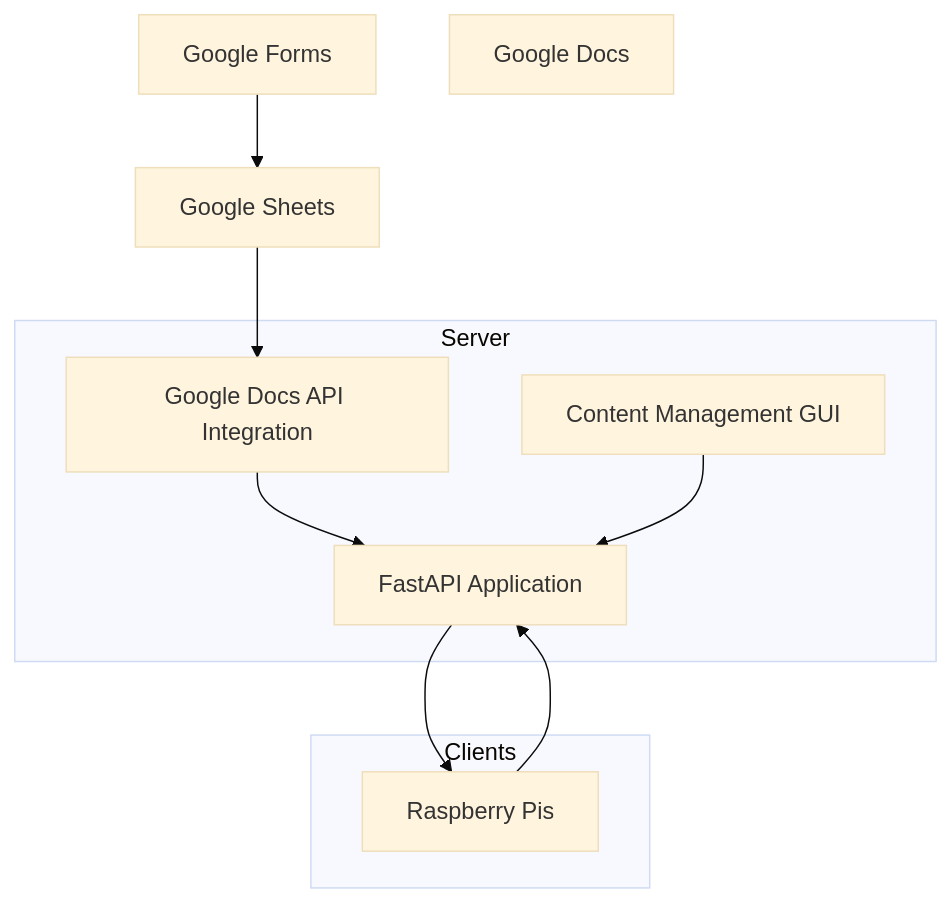
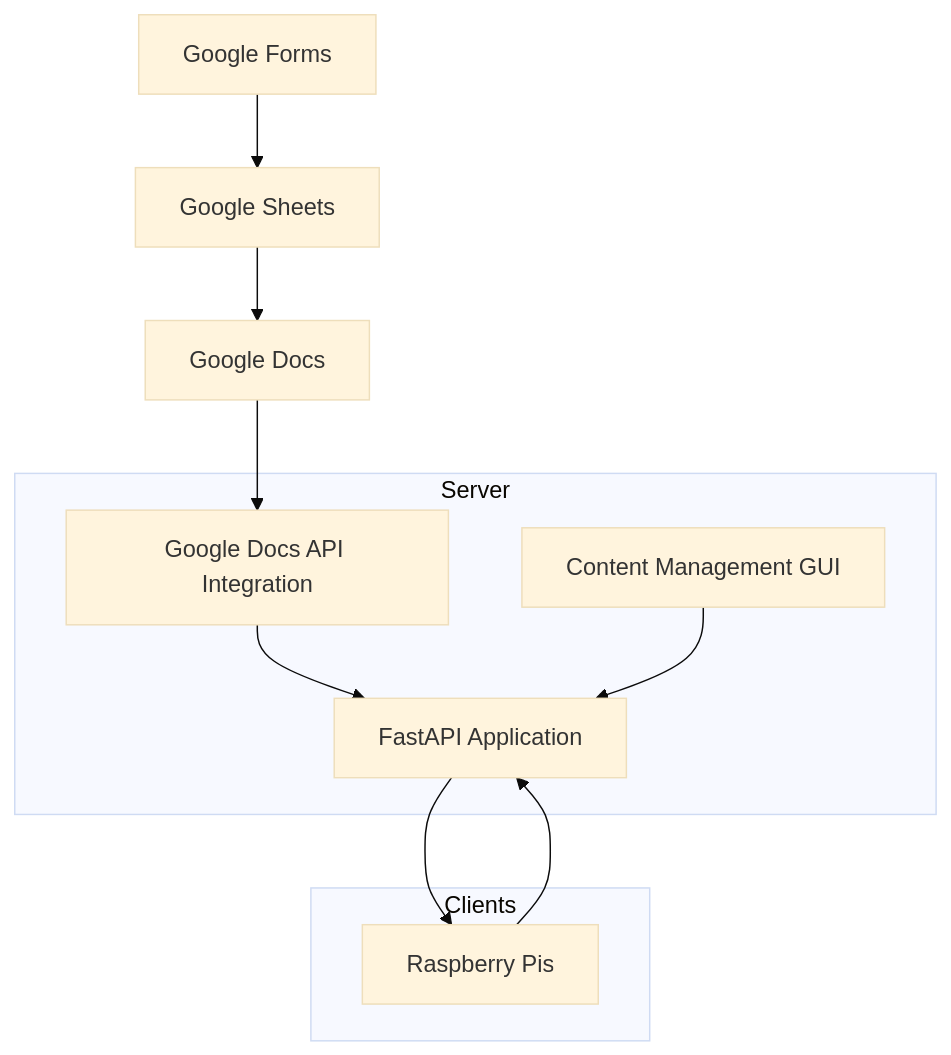
The first of 2 diagrams in docs/overview.md (a13xrzteach/a13xrzteach.github.io), drawn with Mermaid (base theme) before and after one commit. The commit also changed other lines of this file, not shown here.

Commit message:
overview.md: Update M diagram, add Limitations

````diff
--- a/docs/overview.md
+++ b/docs/overview.md
@@ -29,21 +29,22 @@
 ```mermaid
 flowchart TD
     subgraph Server
         A[FastAPI Application]
         B[Content Management GUI]
         C[Google Docs API Integration]
     end
     subgraph Clients
         D[Raspberry Pis]
     end
     E[Google Forms]
     F[Google Sheets]
     G[Google Docs]
     
     E --> F
-    F --> C
+    F --> G
+    G --> C
     C --> A
     B --> A
     A --> D
     D --> A
 ```
````
